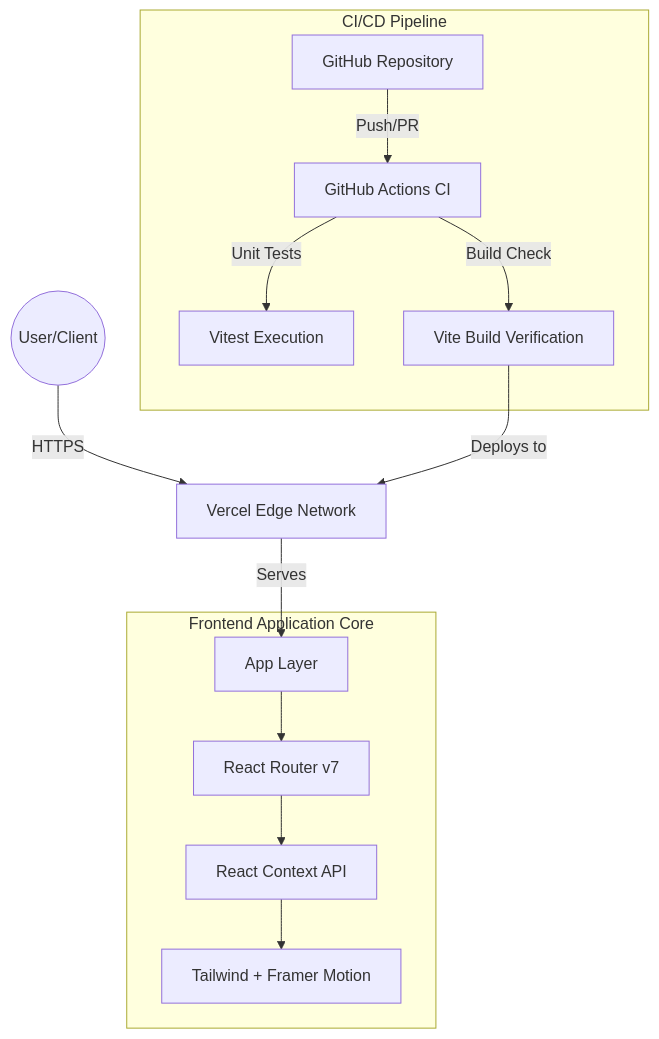
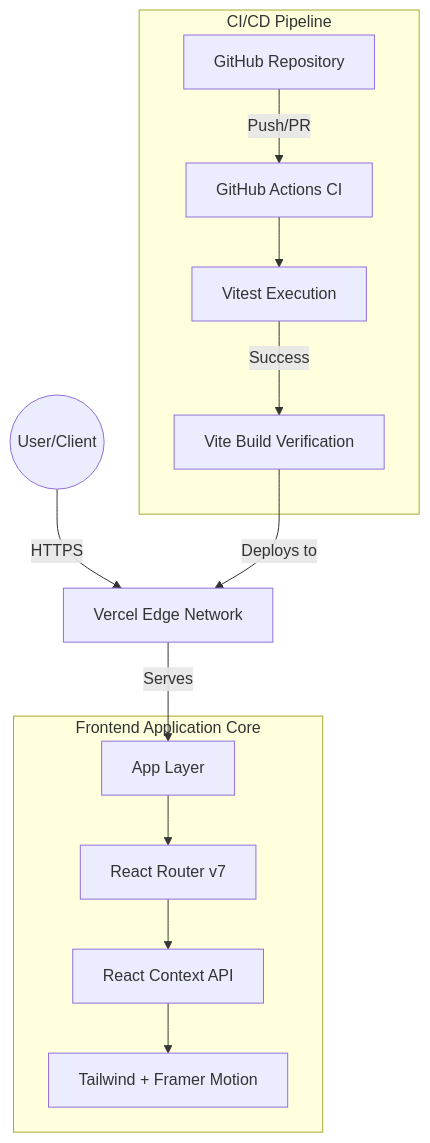
Before and after one commit to jasenalfatamaa/smart-inventory-system: the diagram in README.md, drawn with Mermaid. The commit also changed other lines of this file, not shown here.

Commit message:
memodifikasi file README

````diff
--- a/README.md
+++ b/README.md
@@ -14,24 +14,24 @@
 ```mermaid
 graph TD
     User((User/Client)) -->|HTTPS| Vercel[Vercel Edge Network]
     
     subgraph "CI/CD Pipeline"
         GitHub[GitHub Repository] -->|Push/PR| GHA[GitHub Actions CI]
-        GHA -->|Unit Tests| Test[Vitest Execution]
-        GHA -->|Build Check| Build[Vite Build Verification]
+        GHA --> Test[Vitest Execution]
+        Test -->|Success| Build[Vite Build Verification]
     end
 
     subgraph "Frontend Application Core"
         App[App Layer]
         Context[React Context API]
         UI[Tailwind + Framer Motion]
         Router[React Router v7]
         
         App --> Router
         Router --> Context
         Context --> UI
     end
 
     Build -->|Deploys to| Vercel
     Vercel -->|Serves| App
 ```
````
